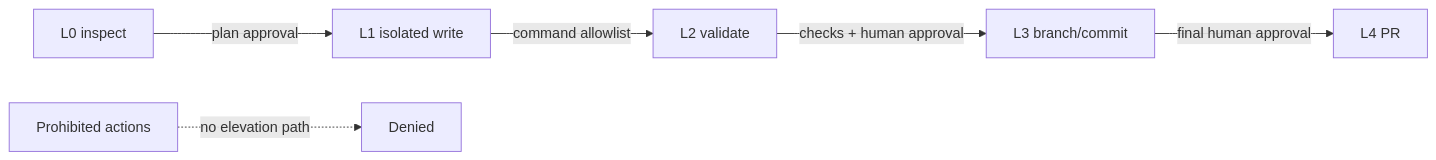
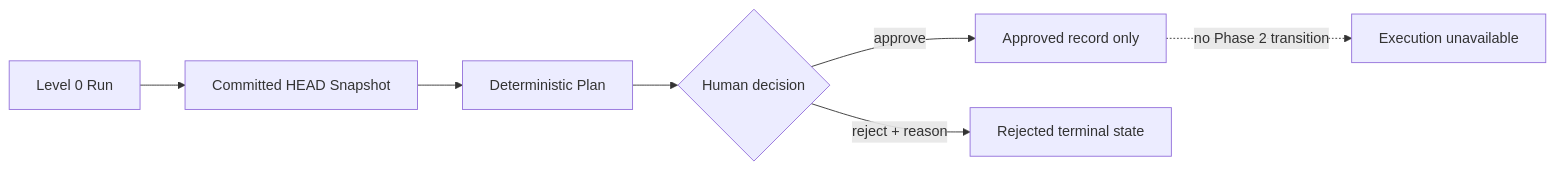
The diagram in docs/architecture/tool-permissions.md (dankk0220abc-prog/visual-engineer), drawn with Mermaid before and after one commit. The commit also changed other lines of this file and 74 other files, not shown here.

````diff
--- a/docs/architecture/tool-permissions.md
+++ b/docs/architecture/tool-permissions.md
@@ -41,8 +44,9 @@
 ```mermaid
 flowchart LR
-    L0["L0 inspect"] -->|"plan approval"| L1["L1 isolated write"]
-    L1 -->|"command allowlist"| L2["L2 validate"]
-    L2 -->|"checks + human approval"| L3["L3 branch/commit"]
-    L3 -->|"final human approval"| L4["L4 PR"]
-    P["Prohibited actions"] -. "no elevation path" .-> X["Denied"]
+    L0["Level 0 Run"] --> S["Committed HEAD Snapshot"]
+    S --> P["Deterministic Plan"]
+    P --> A{"Human decision"}
+    A -->|"approve"| R["Approved record only"]
+    A -->|"reject + reason"| J["Rejected terminal state"]
+    R -. "no Phase 2 transition" .-> X["Execution unavailable"]
 ```
````
